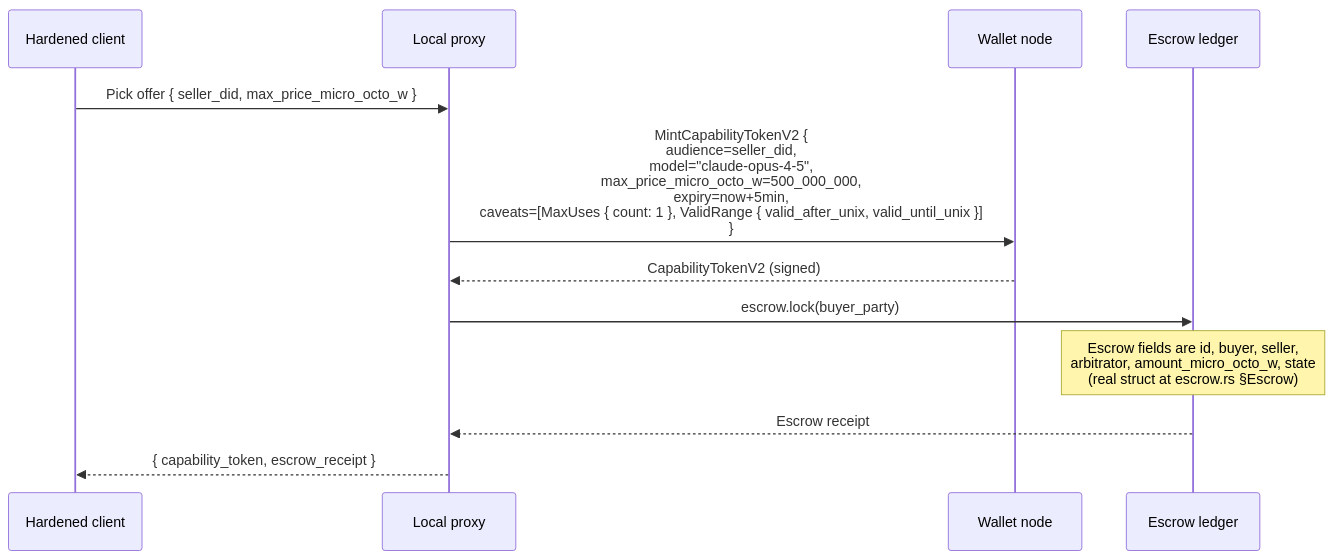
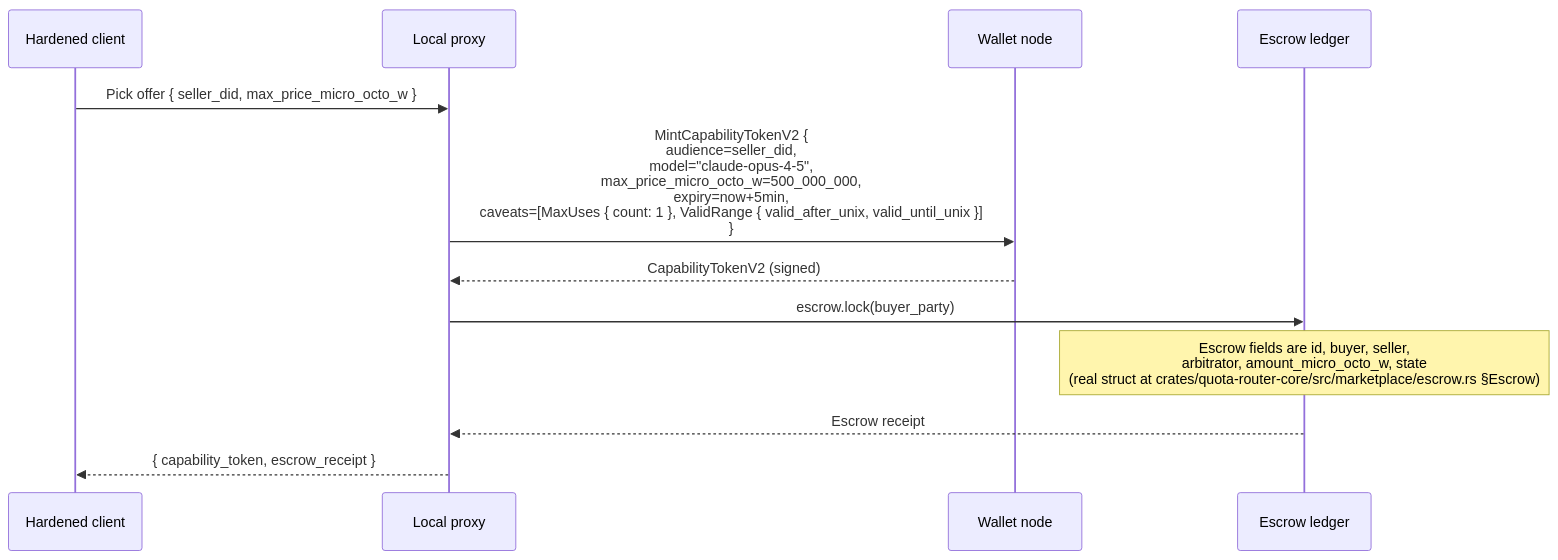
One commit to CipherOcto/cipherocto changed the seventh of 14 diagrams in docs/architecture/end-to-end-scenarios.md. Above: the diagram before and after it, drawn with Mermaid. The commit also changed other lines of this file, not shown here.

First line of the commit message:
docs(architecture): round 9 review fixes (RelayScore, anchors, mermaid participants, phase labels)

````diff
--- a/docs/architecture/end-to-end-scenarios.md
+++ b/docs/architecture/end-to-end-scenarios.md
@@ -312,15 +312,15 @@
 ```mermaid
 sequenceDiagram
     participant C as Hardened client
     participant P as Local proxy
     participant W as Wallet node
     participant E as Escrow ledger
 
     C->>P: Pick offer { seller_did, max_price_micro_octo_w }
     P->>W: MintCapabilityTokenV2 {<br/>  audience=seller_did,<br/>  model="claude-opus-4-5",<br/>  max_price_micro_octo_w=500_000_000,<br/>  expiry=now+5min,<br/>  caveats=[MaxUses { count: 1 }, ValidRange { valid_after_unix, valid_until_unix }]<br/>}
     W-->>P: CapabilityTokenV2 (signed)
     P->>E: escrow.lock(buyer_party)
-    Note over E: Escrow fields are id, buyer, seller,<br/>arbitrator, amount_micro_octo_w, state<br/>(real struct at escrow.rs §Escrow)
+    Note over E: Escrow fields are id, buyer, seller,<br/>arbitrator, amount_micro_octo_w, state<br/>(real struct at crates/quota-router-core/src/marketplace/escrow.rs §Escrow)
     E-->>P: Escrow receipt
     P-->>C: { capability_token, escrow_receipt }
 ```
````
